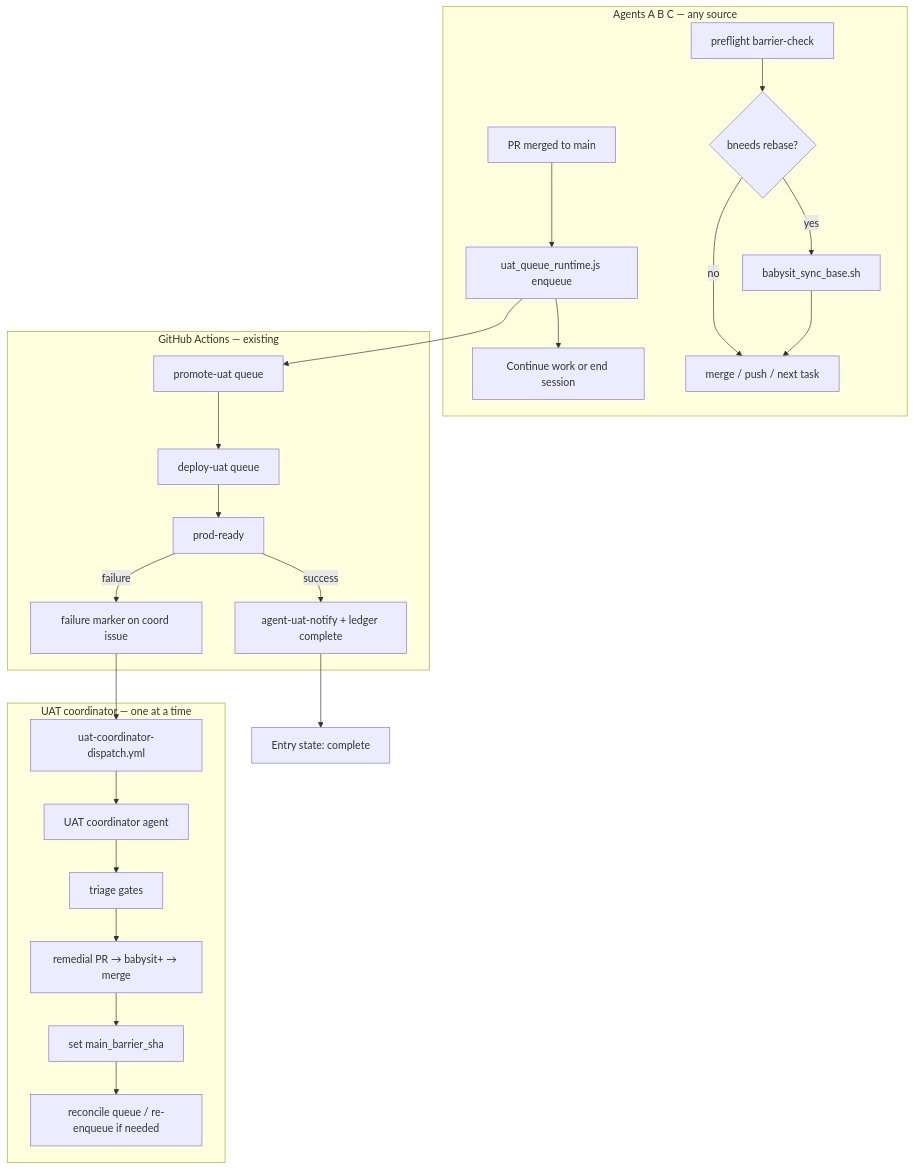
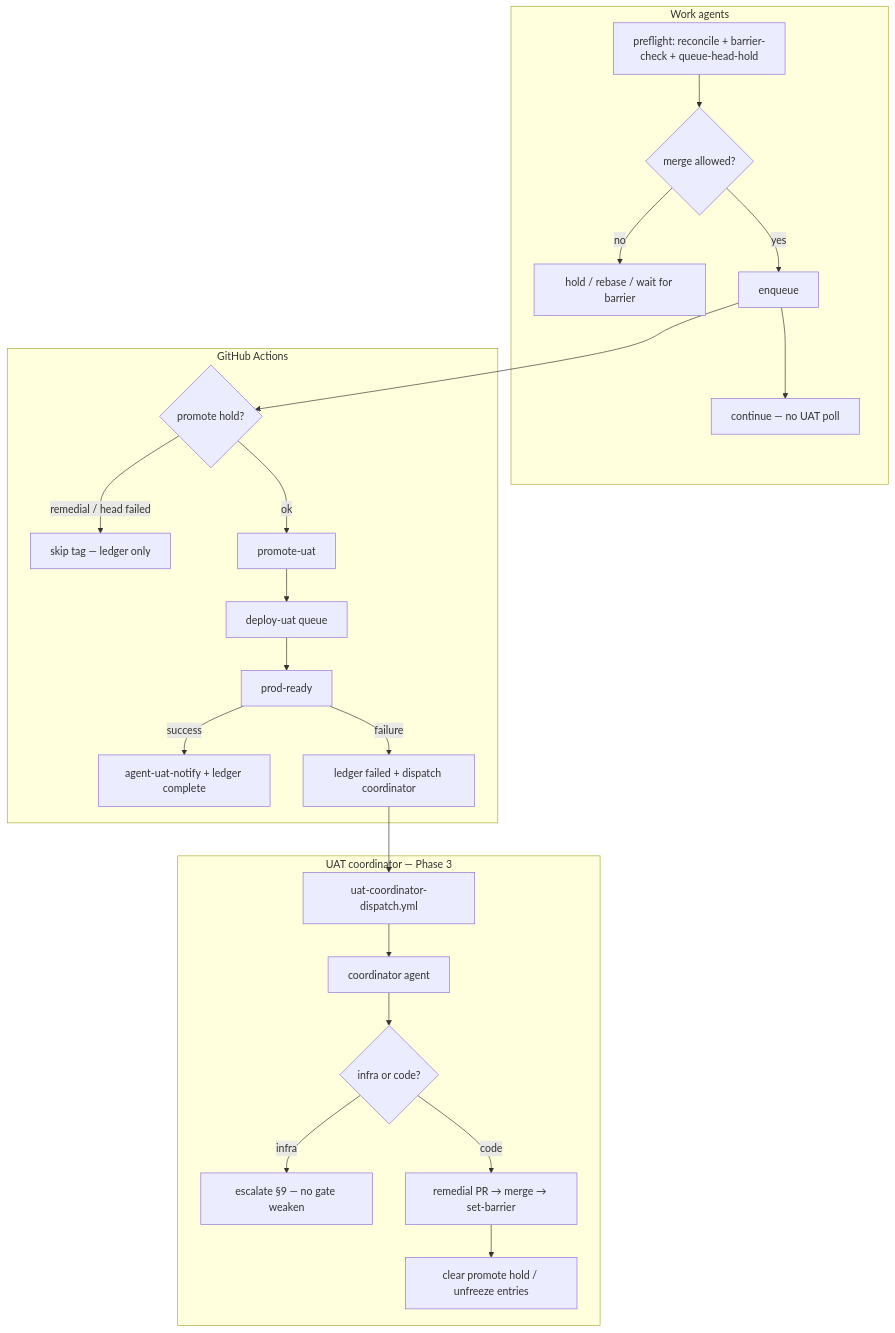
The diagram in docs/agent-efficiency/uat-coordinator-plan.md (KanopeeKa/AgathaCheck), drawn with Mermaid before and after one commit. The commit also changed other lines of this file and 18 other files, not shown here.

First line of the commit message:
feat(uat): WAF fail-fast, E2E gate ordering, and 11-shard split

````diff
--- a/docs/agent-efficiency/uat-coordinator-plan.md
+++ b/docs/agent-efficiency/uat-coordinator-plan.md
@@ -48,30 +124,28 @@
 ```mermaid
 flowchart TD
-  subgraph agents [Agents A B C — any source]
-    MERGE[PR merged to main] --> ENQ[uat_queue_runtime.js enqueue]
-    ENQ --> CONT[Continue work or end session]
-    PREF[preflight barrier-check] --> REBASE{bneeds rebase?}
-    REBASE -->|yes| SYNC[babysit_sync_base.sh]
-    REBASE -->|no| WORK[merge / push / next task]
-    SYNC --> WORK
+  subgraph agents [Work agents]
+    PREF[preflight: reconcile + barrier-check + queue-head-hold] --> MERGE{merge allowed?}
+    MERGE -->|no| WAIT[hold / rebase / wait for barrier]
+    MERGE -->|yes| ENQ[enqueue]
+    ENQ --> CONT[continue — no UAT poll]
   end
 
-  subgraph ci [GitHub Actions — existing]
-    ENQ --> PROM[promote-uat queue]
+  subgraph ci [GitHub Actions]
+    ENQ --> HOLD{promote hold?}
+    HOLD -->|remedial / head failed| SKIP[skip tag — ledger only]
+    HOLD -->|ok| PROM[promote-uat]
     PROM --> DEP[deploy-uat queue]
     DEP --> GATE[prod-ready]
     GATE -->|success| NOTIFY[agent-uat-notify + ledger complete]
-    GATE -->|failure| FAIL[failure marker on coord issue]
+    GATE -->|failure| FAIL[ledger failed + dispatch coordinator]
   end
 
-  subgraph coord [UAT coordinator — one at a time]
+  subgraph coord [UAT coordinator — Phase 3]
     FAIL --> DISPATCH[uat-coordinator-dispatch.yml]
-    DISPATCH --> AGENT[UAT coordinator agent]
-    AGENT --> TRIAGE[triage gates]
-    TRIAGE --> FIX[remedial PR → babysit+ → merge]
-    FIX --> BARRIER[set main_barrier_sha]
-    BARRIER --> RERUN[reconcile queue / re-enqueue if needed]
+    DISPATCH --> AGENT[coordinator agent]
+    AGENT --> CLASSIFY{infra or code?}
+    CLASSIFY -->|infra| ESC[escalate §9 — no gate weaken]
+    CLASSIFY -->|code| FIX[remedial PR → merge → set-barrier]
+    FIX --> UNHOLD[clear promote hold / unfreeze entries]
   end
-
-  NOTIFY --> DONE[Entry state: complete]
 ```
````
